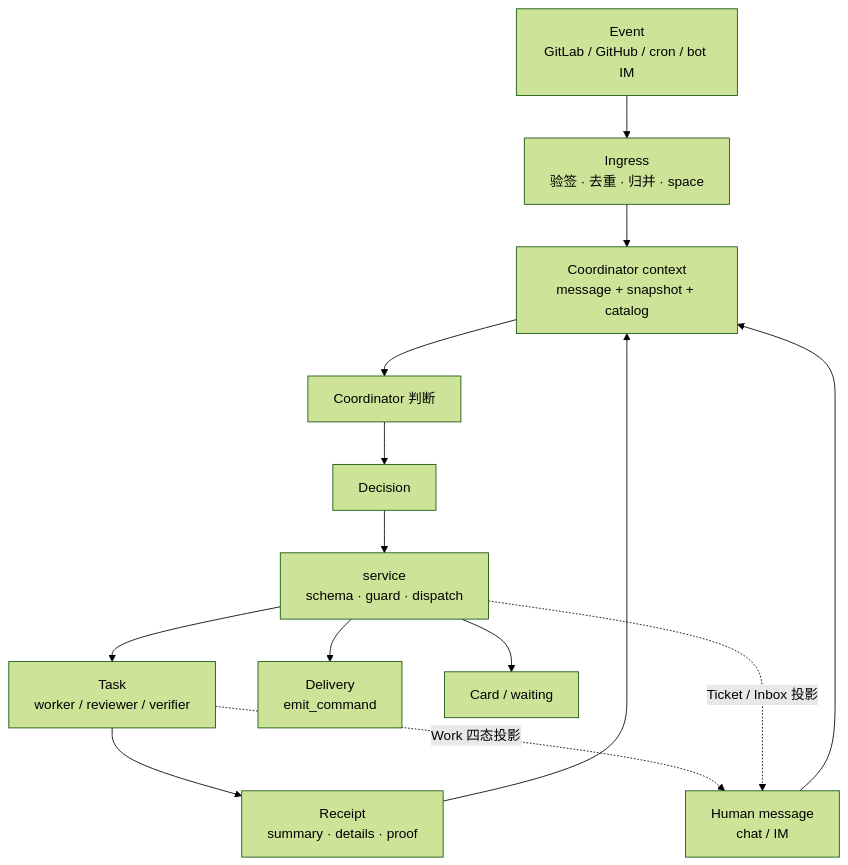
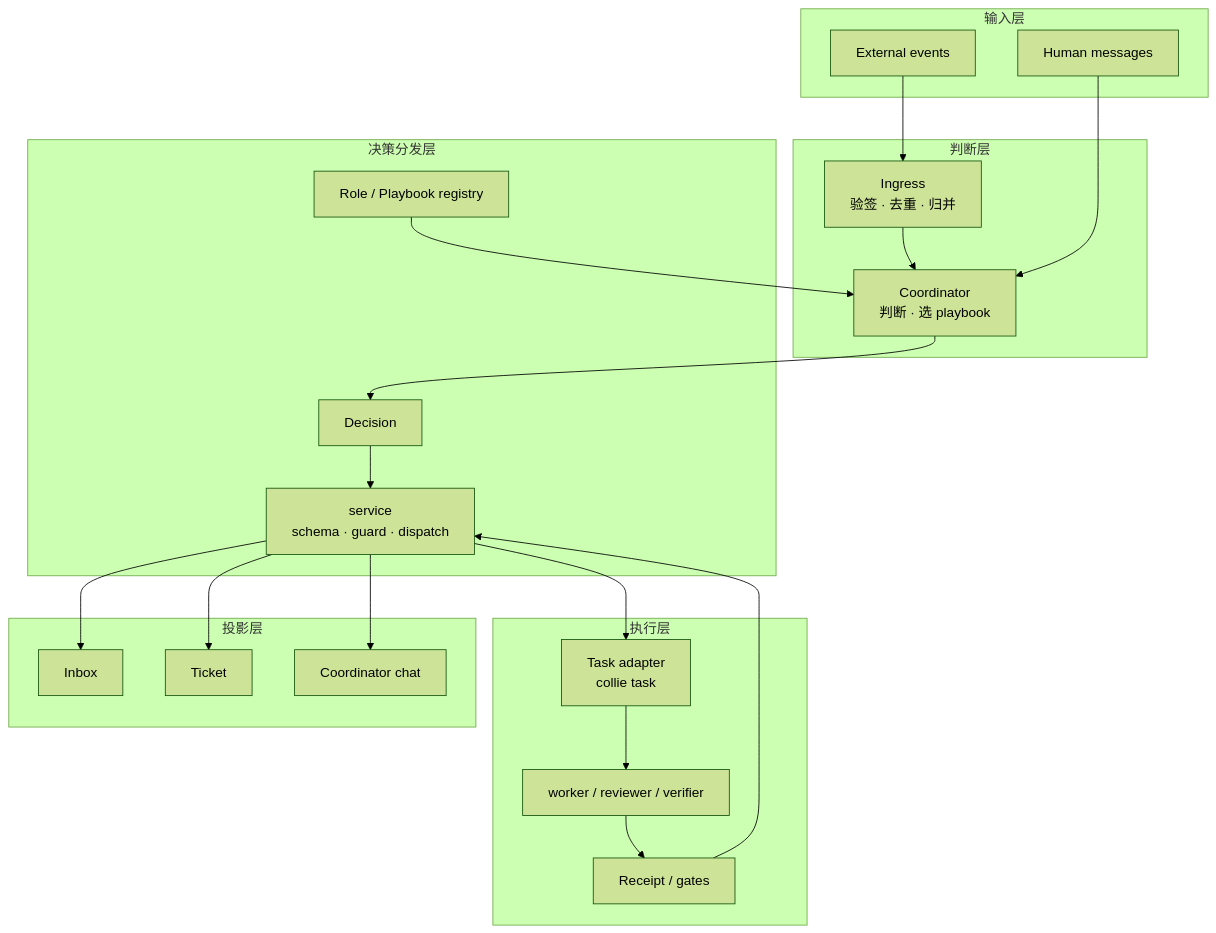
Before and after one commit to iodone/collie: the first of 3 diagrams in docs/ARCHITECTURE.md, drawn with Mermaid (forest theme). The commit also changed other lines of this file, not shown here.

Commit message:
docs: rewrite architecture around message dispatch

````diff
--- a/docs/ARCHITECTURE.md
+++ b/docs/ARCHITECTURE.md
@@ -13,16 +67,40 @@
 ```mermaid
 flowchart TB
-  E["Event<br/>GitLab / GitHub / cron / bot IM"] --> I["Ingress<br/>验签 · 去重 · 归并 · space"]
-  H["Human message<br/>chat / IM"] --> C
-  I --> C["Coordinator context<br/>message + snapshot + catalog"]
-  C --> J["Coordinator 判断"]
-  J --> D["Decision"]
-  D --> V["service<br/>schema · guard · dispatch"]
-  V --> T["Task<br/>worker / reviewer / verifier"]
-  V --> O["Delivery<br/>emit_command"]
-  V --> W["Card / waiting"]
-  T --> R["Receipt<br/>summary · details · proof"]
+  subgraph INPUT["输入层"]
+    E["External events"]
+    H["Human messages"]
+  end
+
+  subgraph COORD["判断层"]
+    I["Ingress<br/>验签 · 去重 · 归并"]
+    C["Coordinator<br/>判断 · 选 playbook"]
+  end
+
+  subgraph DISPATCH["决策分发层"]
+    D["Decision"]
+    V["service<br/>schema · guard · dispatch"]
+    R["Role / Playbook registry"]
+  end
+
+  subgraph EXEC["执行层"]
+    T["Task adapter<br/>collie task"]
+    A["worker / reviewer / verifier"]
+    P["Receipt / gates"]
+  end
+
+  subgraph VIEW["投影层"]
+    IN["Inbox"]
+    TI["Ticket"]
+    CH["Coordinator chat"]
+  end
+
+  E --> I --> C
+  H --> C
   R --> C
-  T -. "Work 四态投影" .-> H
-  V -. "Ticket / Inbox 投影" .-> H
+  C --> D --> V
+  V --> T --> A --> P
+  P --> V
+  V --> IN
+  V --> TI
+  V --> CH
 ```
````
